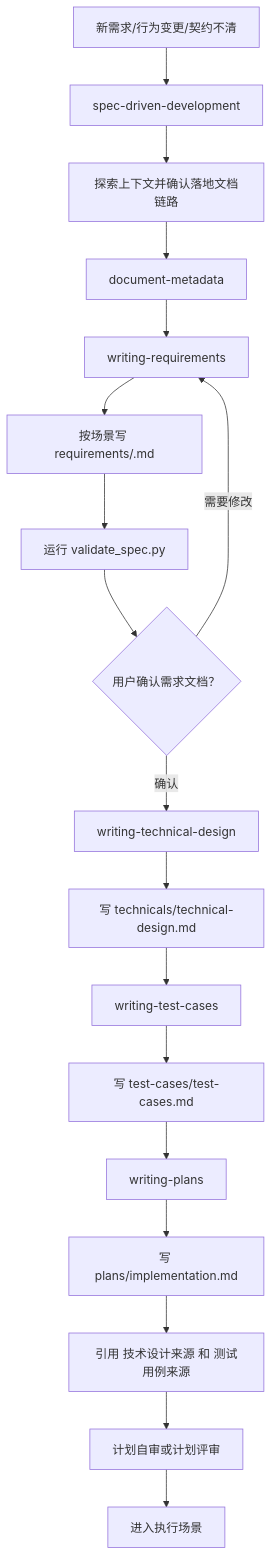
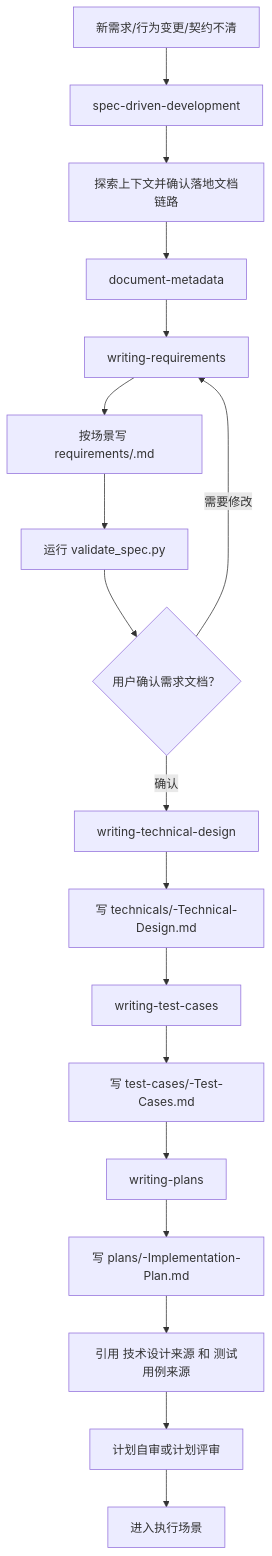
Before and after one commit to Vincen-dev/coding-plugins: the third of 11 diagrams in docs/workflow-chain.md, drawn with Mermaid. The commit also changed other lines of this file and 149 other files, not shown here.

````diff
--- a/docs/workflow-chain.md
+++ b/docs/workflow-chain.md
@@ -186,20 +186,20 @@
 ```mermaid
 flowchart TD
   A["新需求/行为变更/契约不清"] --> B["spec-driven-development"]
   B --> C["探索上下文并确认落地文档链路"]
   C --> META["document-metadata"]
   META --> D["writing-requirements"]
   D --> E["按场景写 requirements/<spec-kind>.md"]
   E --> F["运行 validate_spec.py"]
   F --> G{"用户确认需求文档？"}
   G -->|需要修改| D
   G -->|确认| TD["writing-technical-design"]
-  TD --> H["写 technicals/technical-design.md"]
+  TD --> H["写 technicals/<feature-name>-Technical-Design.md"]
   H --> TC["writing-test-cases"]
-  TC --> I["写 test-cases/test-cases.md"]
+  TC --> I["写 test-cases/<feature-name>-Test-Cases.md"]
   I --> PLAN["writing-plans"]
-  PLAN --> J["写 plans/implementation.md"]
+  PLAN --> J["写 plans/<feature-name>-Implementation-Plan.md"]
   J --> K["引用 技术设计来源 和 测试用例来源"]
   K --> L["计划自审或计划评审"]
   L --> M["进入执行场景"]
 ```
````
